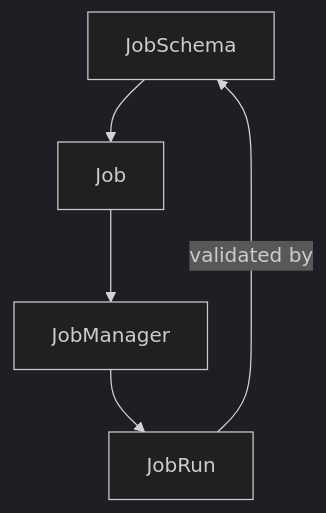
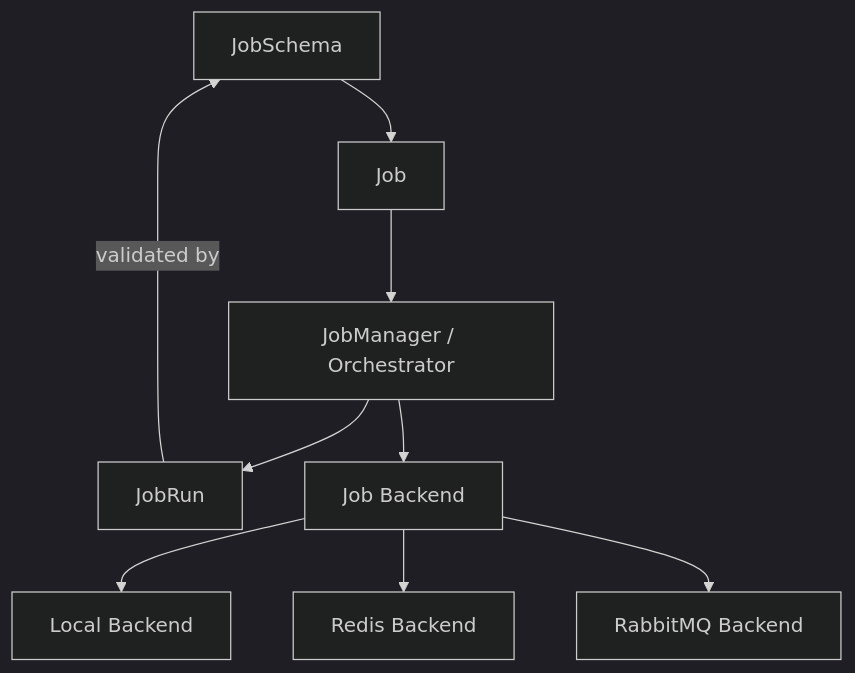
One commit to Mindtrace/mindtrace changed the third of 7 diagrams in docs/datalake-v3-proposal.md. Above: the diagram before and after it, drawn with Mermaid (dark theme).

Commit message:
docs: add jobs backends to module diagram

````diff
--- a/docs/datalake-v3-proposal.md
+++ b/docs/datalake-v3-proposal.md
@@ -1175,7 +1175,12 @@
 ```mermaid
 flowchart TD
     JS[JobSchema] --> J[Job]
-    J --> JM[JobManager]
+    J --> JM[JobManager / Orchestrator]
     JM --> JR[JobRun]
     JR -->|validated by| JS
+
+    JM --> JB[Job Backend]
+    JB --> L[Local Backend]
+    JB --> R[Redis Backend]
+    JB --> MQ[RabbitMQ Backend]
 ```
````
